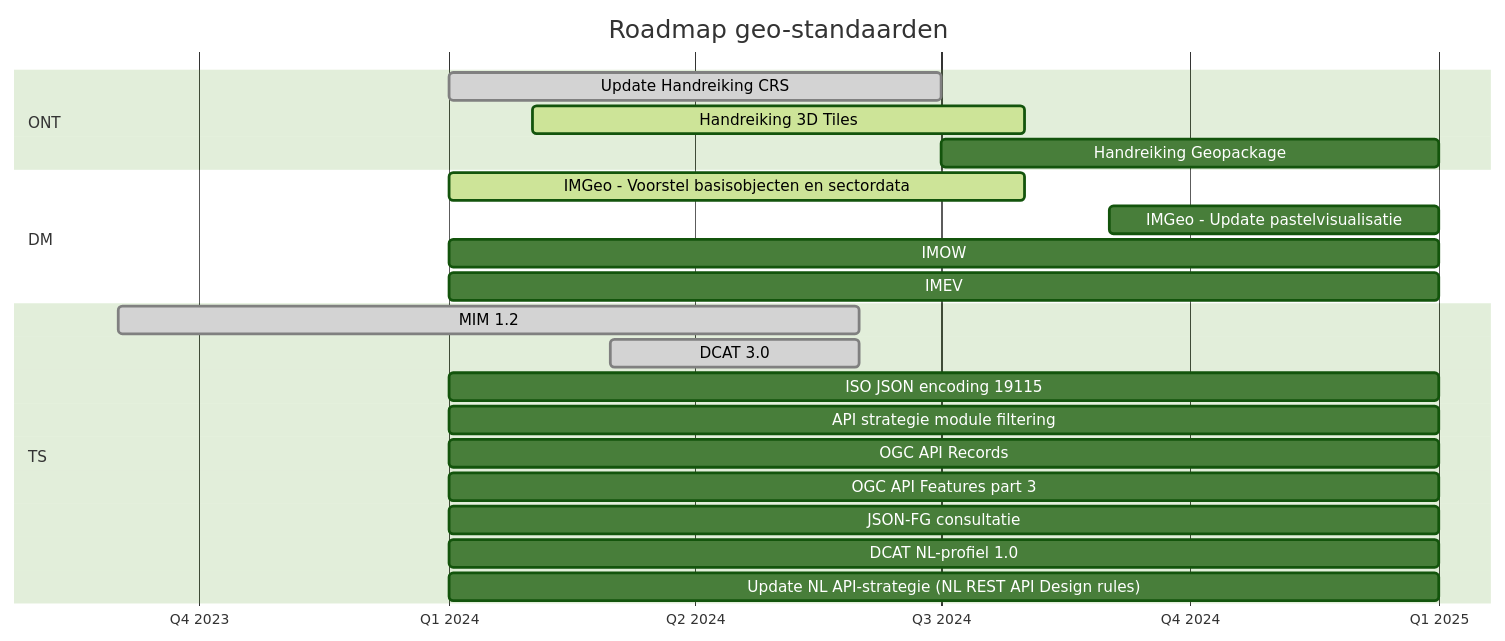
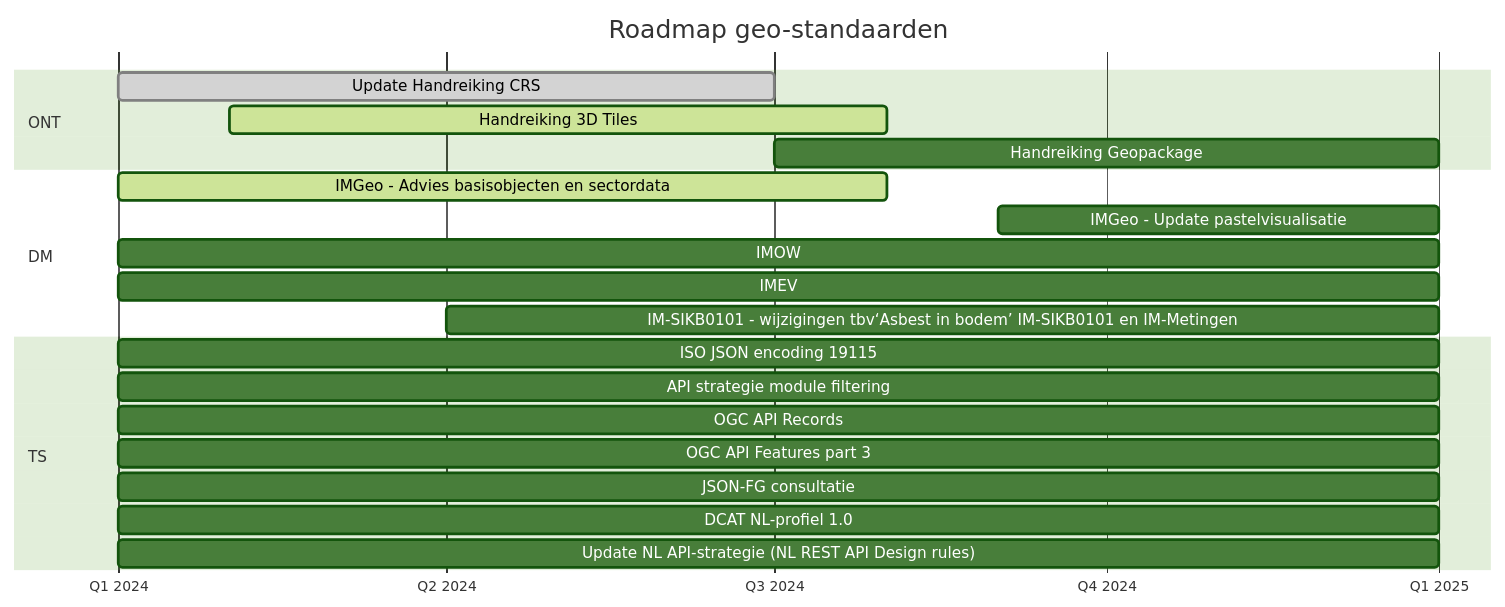
One commit to Geonovum/roadmap-geostandaarden changed the diagram in roadmap.mmd. Above: the diagram before and after it, drawn with Mermaid (forest theme).

```diff
--- a/roadmap.mmd
+++ b/roadmap.mmd
@@ -1,26 +1,26 @@
 gantt
     title Roadmap geo-standaarden
     dateFormat YYYY-M
     axisFormat Q%q %Y
     tickInterval 3month
     section ONT
         Update Handreiking CRS                      :done,           2024-01, 6M        
         Handreiking 3D Tiles                        :active,          2024-02, 6M
         Handreiking Geopackage                      :           2024-07, 6M
         
     section DM        
-        IMGeo - Voorstel basisobjecten en sectordata:active,    2024-01, 7M
+        IMGeo - Advies basisobjecten en sectordata:active,    2024-01, 7M
         IMGeo - Update pastelvisualisatie                :      2024-09, 4M
         IMOW                                        :           2024-01, 12M
         IMEV                                        :           2024-01, 12M
+        IM-SIKB0101 - wijzigingen tbv‘Asbest in bodem’ IM-SIKB0101 en IM-Metingen :active  2024-04, 9M
+        
 
-    section TS
-        MIM 1.2                                               :done,    2023-09, 9M
-        DCAT 3.0                                    :done,       2024-03, 3M 
+    section TS        
         ISO JSON encoding 19115                     :           2024-01, 12M
         API strategie module filtering              :           2024-01, 12M
         OGC API Records                             :           2024-01, 12M
         OGC API Features part 3                     :           2024-01, 12M
         JSON-FG consultatie                         :           2024-01, 12M
         DCAT NL-profiel 1.0                         :           2024-01, 12M
         Update NL API-strategie (NL REST API Design rules) :    2024-01, 12M
```
